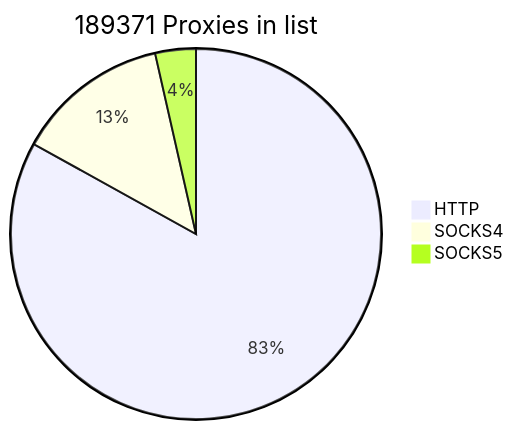
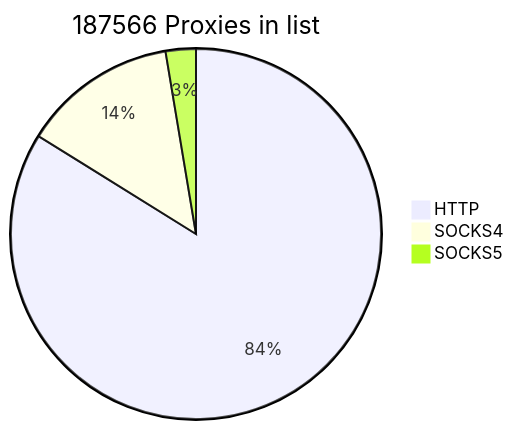
The first of 2 diagrams in README.md (cutipu/proxylist), drawn with Mermaid before and after one commit. The commit also changed other lines of this file, not shown here.

````diff
--- a/README.md
+++ b/README.md
@@ -2,7 +2,7 @@
 ```mermaid
-pie title 189371 Proxies in list
-    "HTTP" : 157282
-    "SOCKS4" : 25373
-    "SOCKS5" : 6716
+pie title 187566 Proxies in list
+    "HTTP" : 157280
+    "SOCKS4" : 25341
+    "SOCKS5" : 4945
             
 ```
````
